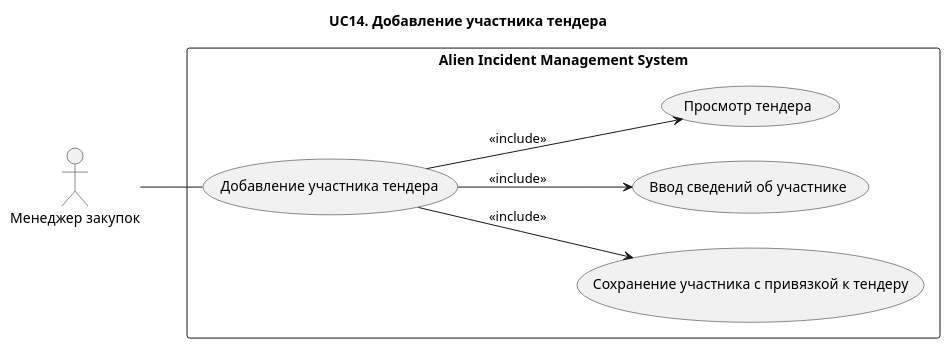
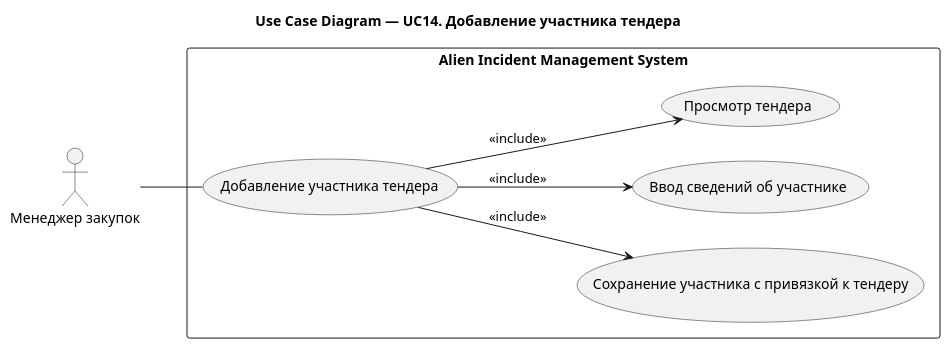
One commit to Andryss/AIMS changed the diagram in docs/use-case/UC14.md. Above: the diagram before and after it, drawn with PlantUML. The commit also changed 31 other files, not shown here.

````diff
--- a/docs/use-case/UC14.md
+++ b/docs/use-case/UC14.md
@@ -5,25 +5,25 @@
 ```plantuml
 @startuml
-title UC14. Добавление участника тендера
+title Use Case Diagram — UC14. Добавление участника тендера
 left to right direction
 
 actor "Менеджер закупок" as Procurement
 
 rectangle "Alien Incident Management System" {
 
 (Добавление участника тендера) as UC11
 
 (Сохранение участника с привязкой к тендеру) as UC115
 (Ввод сведений об участнике) as UC112
 (Просмотр тендера) as UC111
 
 }
 
 Procurement -- UC11
 
 UC11 --> UC111 : <<include>>
 UC11 --> UC112 : <<include>>
 UC11 --> UC115 : <<include>>
 
 @enduml
 ```
````
